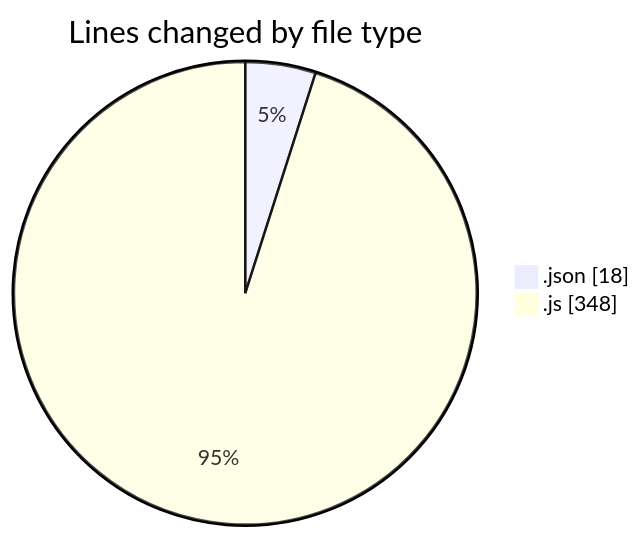
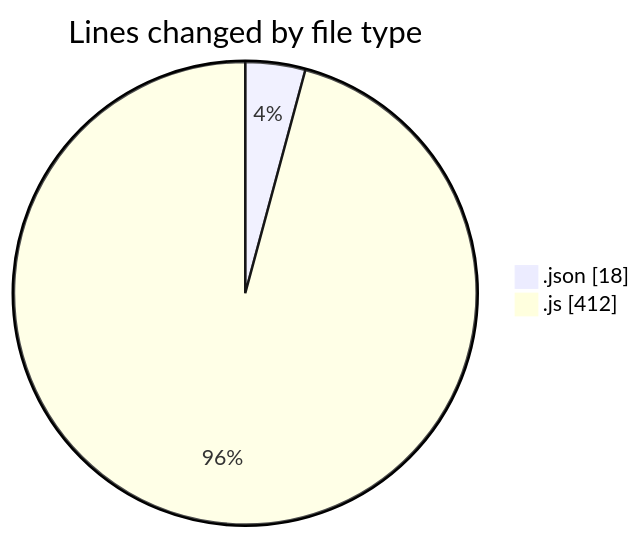
The first of 2 diagrams in 2025-04-01/jsvms/README.md (BS-eng2023/code-tracking), drawn with Mermaid before and after one commit. The commit also changed other lines of this file and 1 other file, not shown here.

````diff
--- a/2025-04-01/jsvms/README.md
+++ b/2025-04-01/jsvms/README.md
@@ -27,6 +29,6 @@
 ```mermaid
 pie showData
 title Lines changed by file type
 ".json" : 18
-".js" : 348
+".js" : 412
 ```
````
